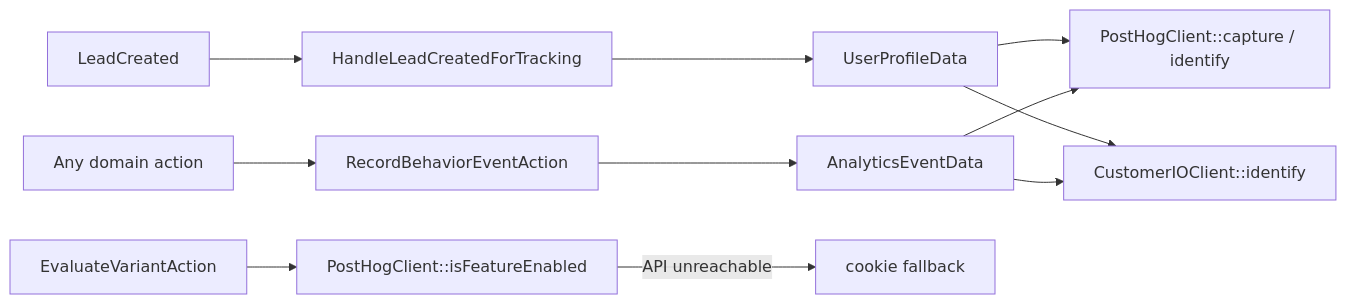
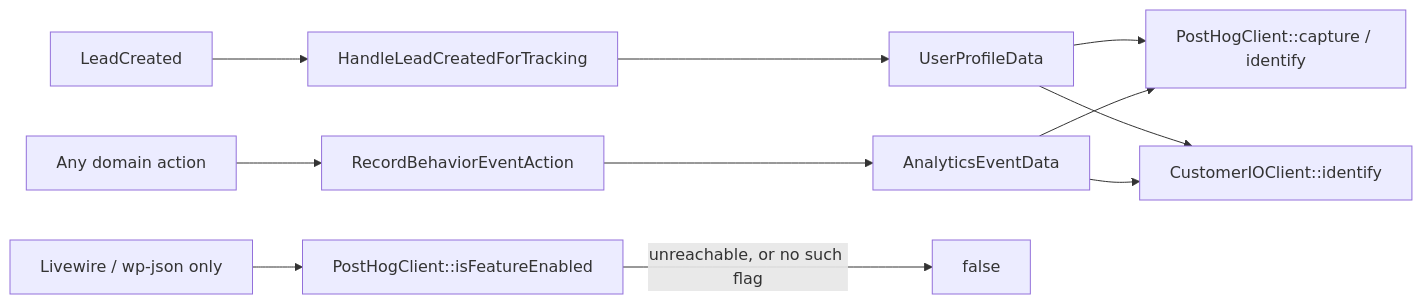
One commit to Remote-Leverage/remote-leverage-website-modernization changed the diagram in web/app/themes/remote-leverage/docs/domains/tracking.md. Above: the diagram before and after it, drawn with Mermaid. The commit also changed other lines of this file and 18 other files, not shown here.

````diff
--- a/web/app/themes/remote-leverage/docs/domains/tracking.md
+++ b/web/app/themes/remote-leverage/docs/domains/tracking.md
@@ -15,15 +18,15 @@
 ```mermaid
 flowchart LR
     LC["LeadCreated"] --> HL["HandleLeadCreatedForTracking"]
     HL --> UP["UserProfileData"]
     UP --> PH["PostHogClient::capture / identify"]
     UP --> CIO["CustomerIOClient::identify"]
 
     APP["Any domain action"] --> RBE["RecordBehaviorEventAction"]
     RBE --> AED["AnalyticsEventData"]
     AED --> PH
     AED --> CIO
 
-    FLAG["EvaluateVariantAction"] --> PHF["PostHogClient::isFeatureEnabled"]
-    PHF -->|"API unreachable"| CK["cookie fallback"]
+    UNCACHED["Livewire / wp-json only"] --> PHF["PostHogClient::isFeatureEnabled"]
+    PHF -->|"unreachable, or no such flag"| OFF["false"]
 ```
````
